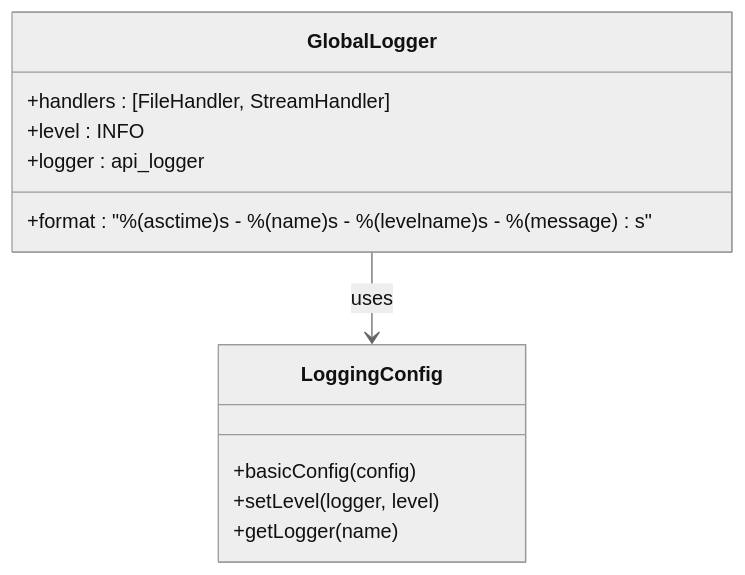
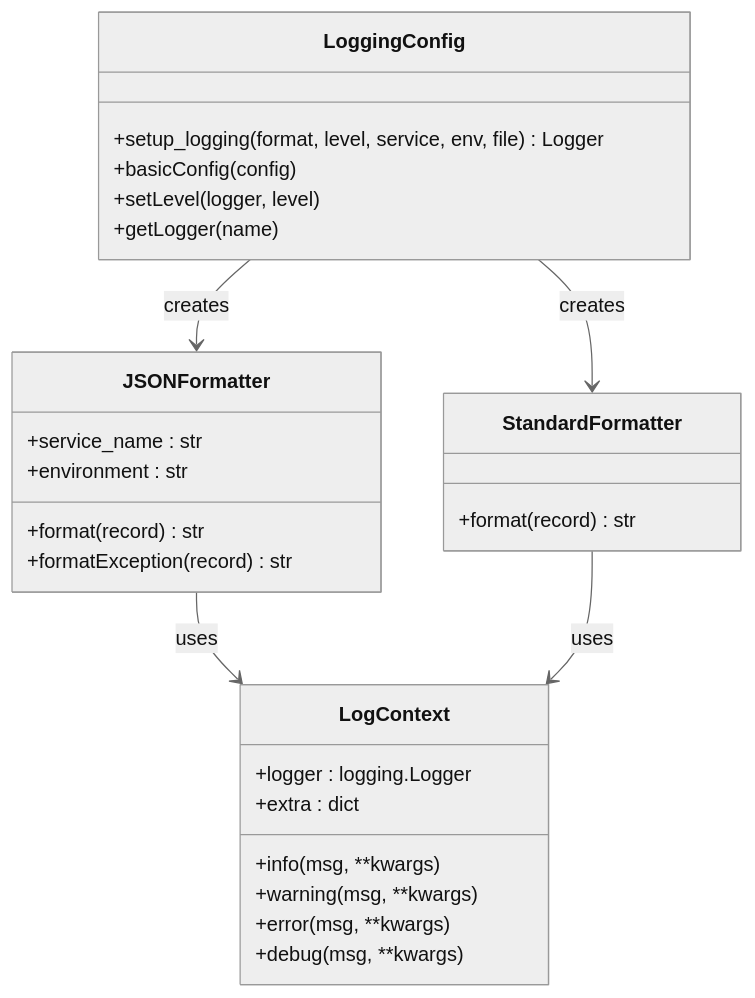
Before and after one commit to breeze-lyf/ai-stock-advisor: the second of 10 diagrams in .qoder/repowiki/zh/content/Debug Logging Enhancement.md, drawn with Mermaid (neutral theme). The commit also changed other lines of this file and 43 other files, not shown here.

````diff
--- a/.qoder/repowiki/zh/content/Debug Logging Enhancement.md
+++ b/.qoder/repowiki/zh/content/Debug Logging Enhancement.md
@@ -102,15 +123,30 @@
 ```mermaid
 classDiagram
-class GlobalLogger {
-+format : "%(asctime)s - %(name)s - %(levelname)s - %(message)s"
-+handlers : [FileHandler, StreamHandler]
-+level : INFO
-+logger : api_logger
+class JSONFormatter {
++service_name : str
++environment : str
++format(record) str
++formatException(record) str
+}
+class StandardFormatter {
++format(record) str
+}
+class LogContext {
++logger : logging.Logger
++extra : dict
++info(msg, **kwargs)
++warning(msg, **kwargs)
++error(msg, **kwargs)
++debug(msg, **kwargs)
 }
 class LoggingConfig {
++setup_logging(format, level, service, env, file) Logger
 +basicConfig(config)
 +setLevel(logger, level)
 +getLogger(name)
 }
-GlobalLogger --> LoggingConfig : uses
+JSONFormatter --> LogContext : uses
+StandardFormatter --> LogContext : uses
+LoggingConfig --> JSONFormatter : creates
+LoggingConfig --> StandardFormatter : creates
 ```
````
